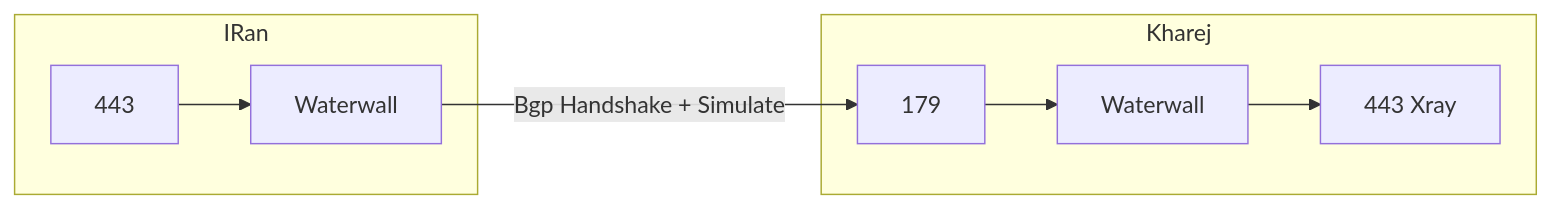
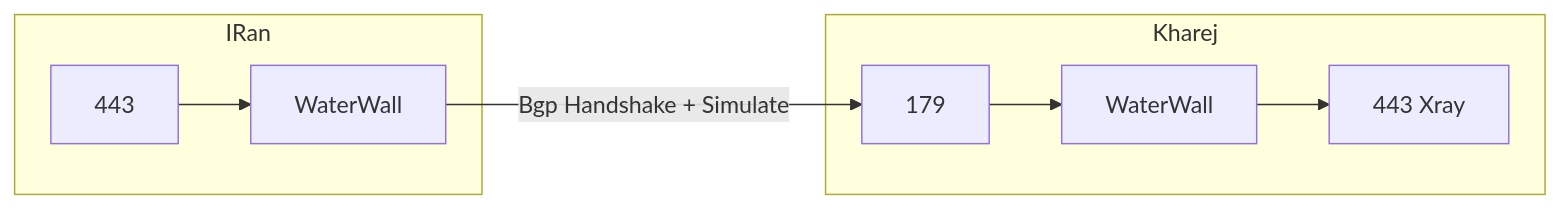
One commit to just-the-docs/just-the-docs-template changed the diagram in docs/manually/tunnels/bgp4-tunnel-or-direct.mdx. Above: the diagram before and after it, drawn with Mermaid. The commit also changed other lines of this file and 23 other files, not shown here.

````diff
--- a/docs/manually/tunnels/bgp4-tunnel-or-direct.mdx
+++ b/docs/manually/tunnels/bgp4-tunnel-or-direct.mdx
@@ -30,12 +26,12 @@
 ```mermaid
 flowchart LR;
     subgraph Kharej;
     B1[179] --> W_K;
     B4[443 Xray];
-    W_K[Waterwall] --> B4
+    W_K[WaterWall] --> B4
     end;
     subgraph IRan;
     PIN[443] --> W_I;
-    W_I[Waterwall] -- "Bgp Handshake + Simulate"--> B1;
+    W_I[WaterWall] -- "Bgp Handshake + Simulate"--> B1;
     end;
 ```
````
